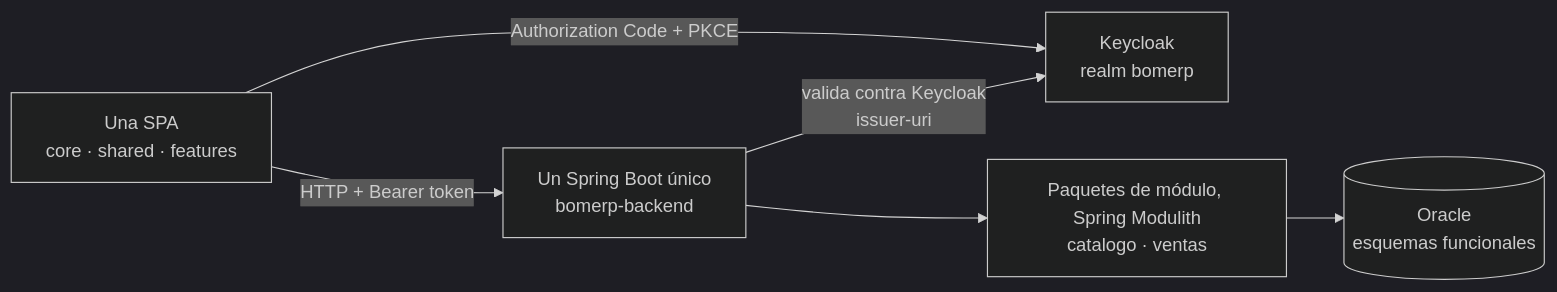
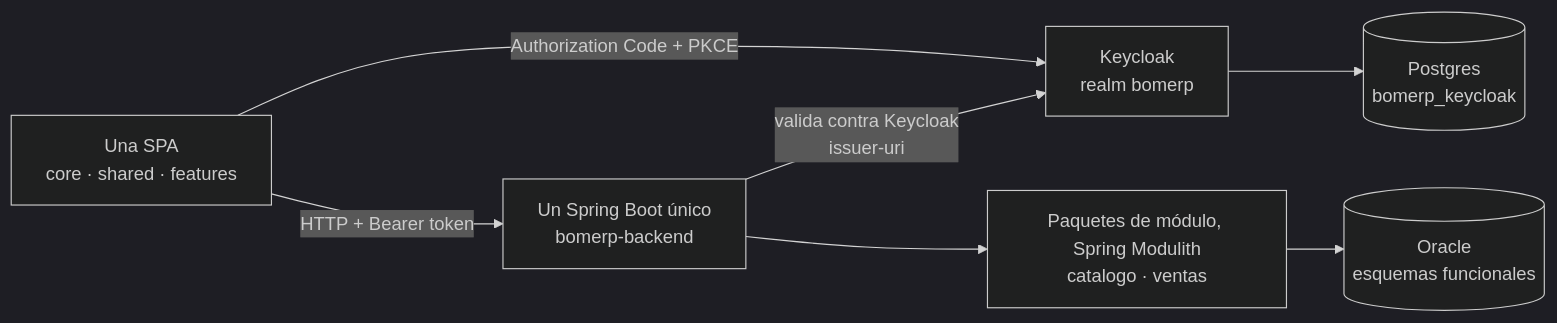
Before and after one commit to 262ciclo4/bomerp: the diagram in docs/proyecto-integrador/u2/lp2-demo.md, drawn with Mermaid (dark theme). The commit also changed 3 other files, not shown here.

````diff
--- a/docs/proyecto-integrador/u2/lp2-demo.md
+++ b/docs/proyecto-integrador/u2/lp2-demo.md
@@ -75,14 +75,16 @@
 ```mermaid
 flowchart LR
     SPA[Una SPA<br/>core · shared · features]
     KC[Keycloak<br/>realm bomerp]
+    KCDB[(Postgres<br/>bomerp_keycloak)]
     API[Un Spring Boot único<br/>bomerp-backend]
     MOD[Paquetes de módulo, Spring Modulith<br/>catalogo · ventas]
     DB[(Oracle<br/>esquemas funcionales)]
 
     SPA -->|Authorization Code + PKCE| KC
     SPA -->|HTTP + Bearer token| API
     API -->|valida contra Keycloak<br/>issuer-uri| KC
+    KC --> KCDB
     API --> MOD
     MOD --> DB
 ```
````
